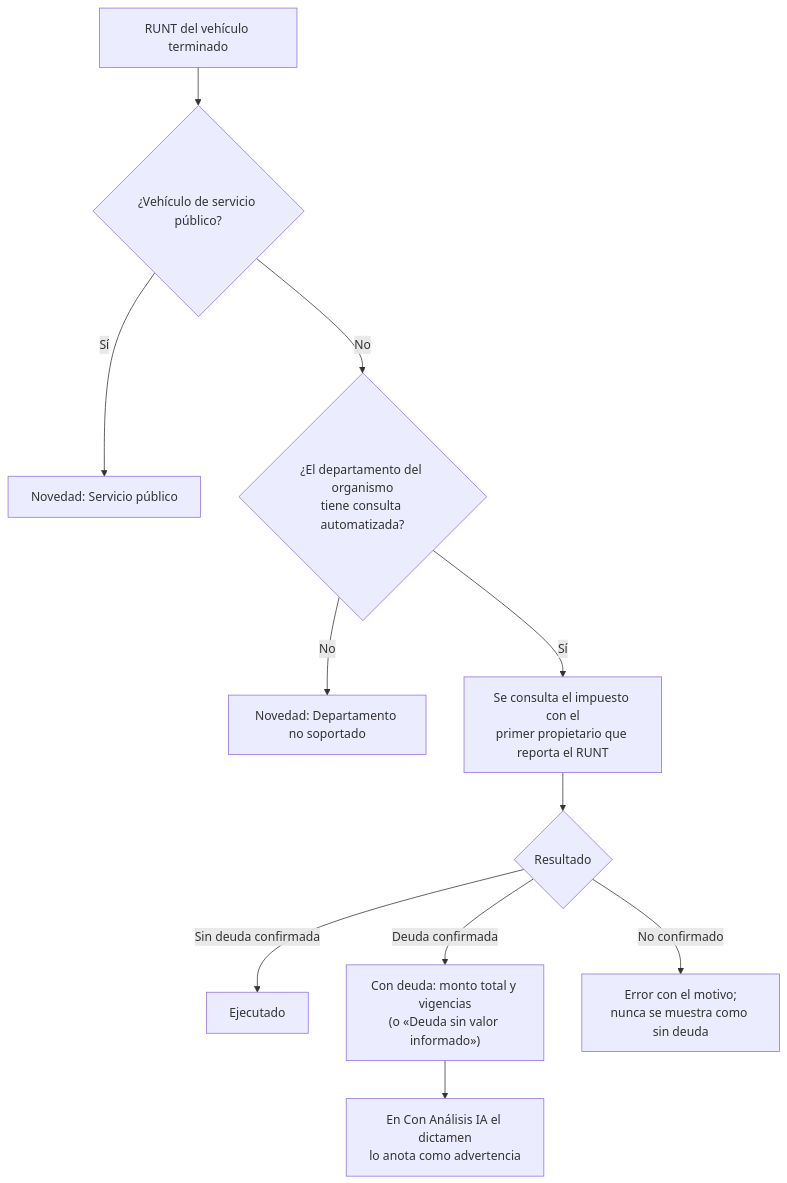
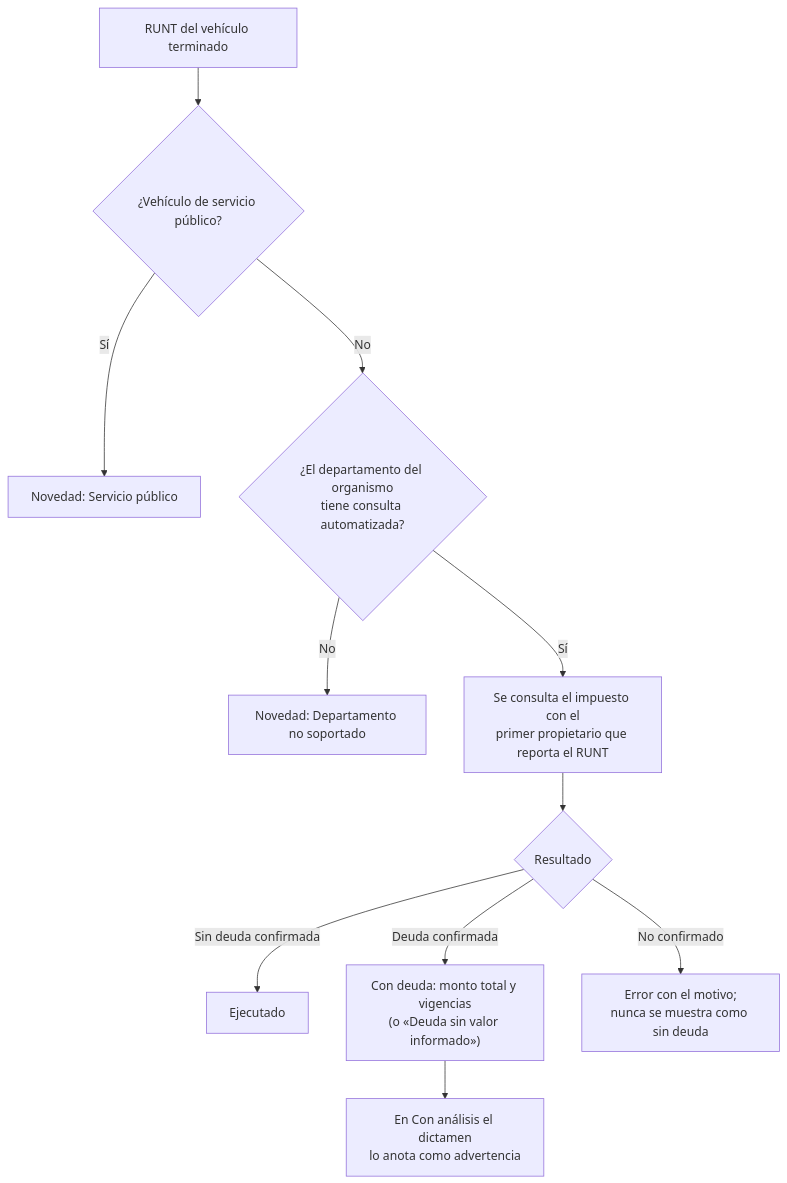
Before and after one commit to flitsas/flit: the diagram in frontend/lib/manual/diagrams/flujo-diagnostico-impuesto.mmd, drawn with Mermaid. The commit also changed 10 other files, not shown here.

Commit message:
AJUSTE: diagramas y manual de Diagnóstico con «Con análisis» y explicación de «Sin análisis» (review del carril)

```diff
--- a/frontend/lib/manual/diagrams/flujo-diagnostico-impuesto.mmd
+++ b/frontend/lib/manual/diagrams/flujo-diagnostico-impuesto.mmd
@@ -1,11 +1,11 @@
 flowchart TD
     A["RUNT del vehículo terminado"] --> B{"¿Vehículo de servicio público?"}
     B -- "Sí" --> N1["Novedad: Servicio público"]
     B -- "No" --> C{"¿El departamento del organismo\ntiene consulta automatizada?"}
     C -- "No" --> N2["Novedad: Departamento no soportado"]
     C -- "Sí" --> D["Se consulta el impuesto con el\nprimer propietario que reporta el RUNT"]
     D --> E{"Resultado"}
     E -- "Sin deuda confirmada" --> F["Ejecutado"]
     E -- "Deuda confirmada" --> G["Con deuda: monto total y vigencias\n(o «Deuda sin valor informado»)"]
     E -- "No confirmado" --> H["Error con el motivo;\nnunca se muestra como sin deuda"]
-    G --> I["En Con Análisis IA el dictamen\nlo anota como advertencia"]
+    G --> I["En Con análisis el dictamen\nlo anota como advertencia"]
```
